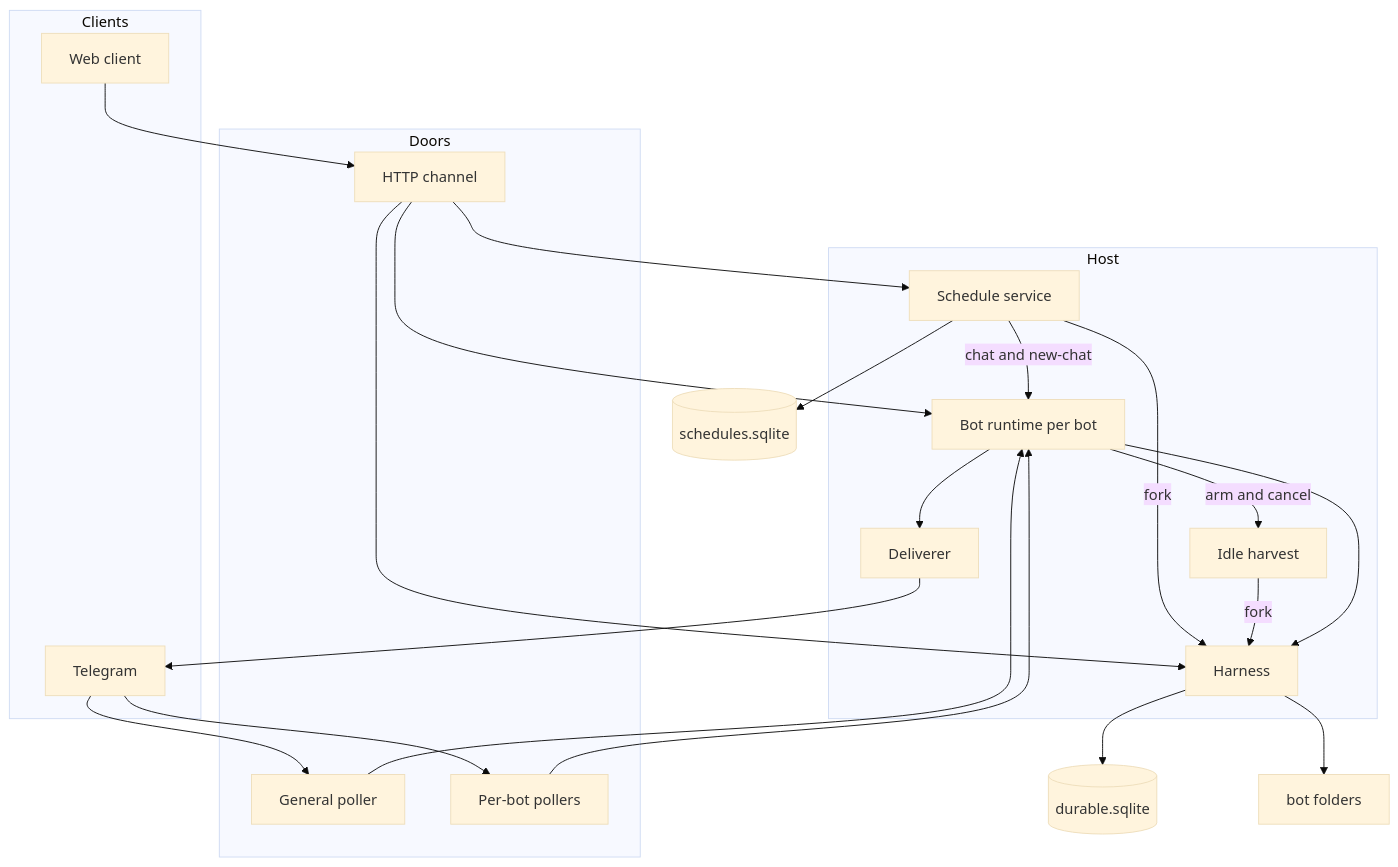
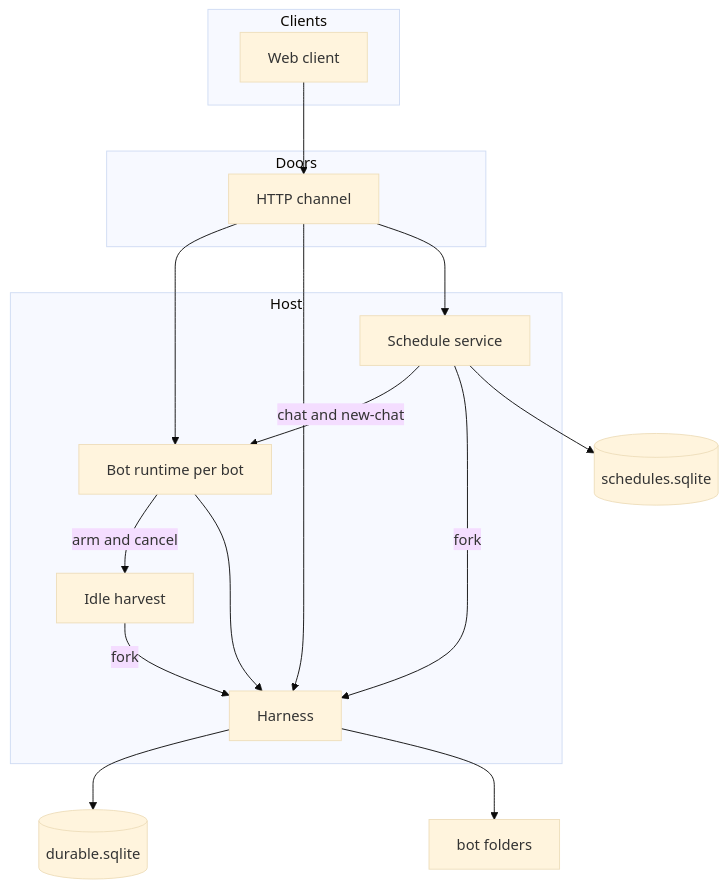
Before and after one commit to liorm/cadmus: the diagram in docs/architecture.md, drawn with Mermaid (base theme). The commit also changed other lines of this file and 48 other files, not shown here.

````diff
--- a/docs/architecture.md
+++ b/docs/architecture.md
@@ -14,41 +14,31 @@
 ```mermaid
 flowchart TB
   subgraph clients [Clients]
     UI[Web client]
-    TGUser[Telegram]
   end
 
   subgraph doors [Doors]
     HTTP[HTTP channel]
-    PollG[General poller]
-    PollB[Per-bot pollers]
   end
 
   subgraph host [Host]
     RT[Bot runtime per bot]
-    Del[Deliverer]
     Sch[Schedule service]
     Hrv[Idle harvest]
     Har[Harness]
   end
 
   UI --> HTTP
-  TGUser --> PollG
-  TGUser --> PollB
   HTTP --> RT
-  PollG --> RT
-  PollB --> RT
   Sch -->|chat and new-chat| RT
   Sch -->|fork| Har
   RT -->|arm and cancel| Hrv
   Hrv -->|fork| Har
   RT --> Har
-  RT --> Del
-  Del --> TGUser
   HTTP --> Har
   HTTP --> Sch
 
   Har --> DB[(durable.sqlite)]
   Sch --> Side[(schedules.sqlite)]
   Har --> Files[bot folders]
 ```
````
